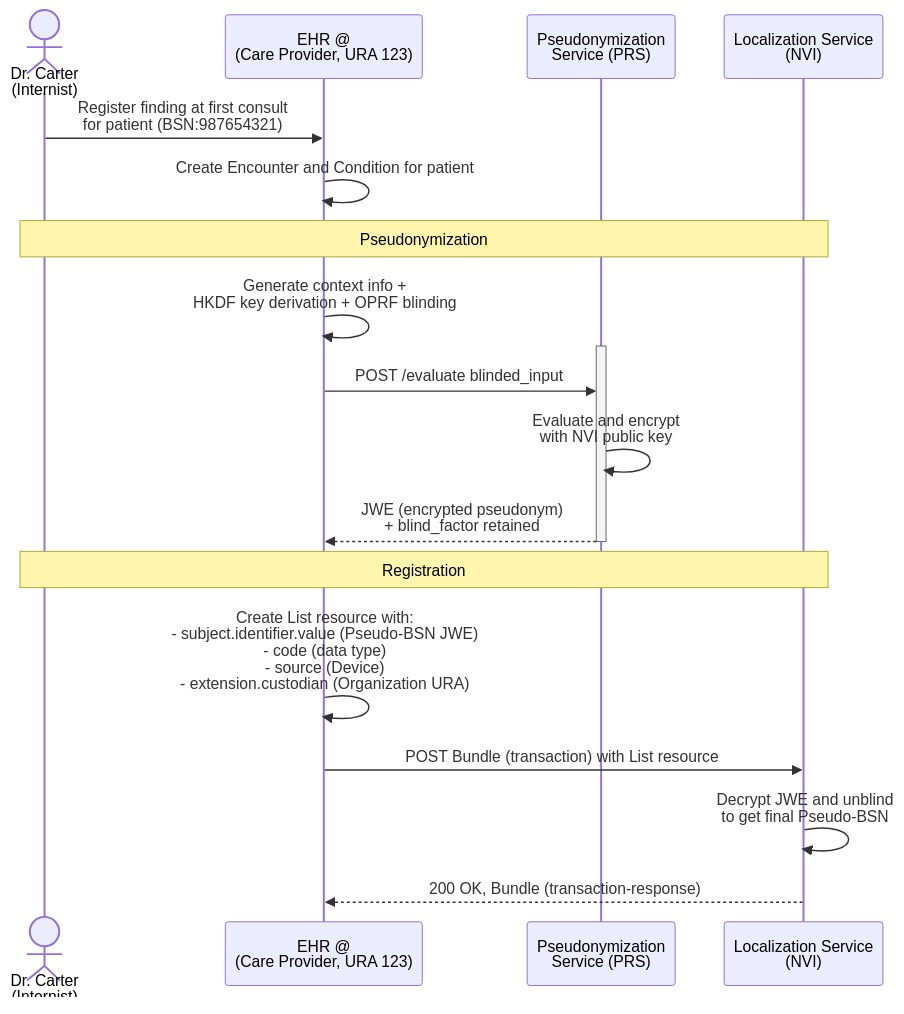
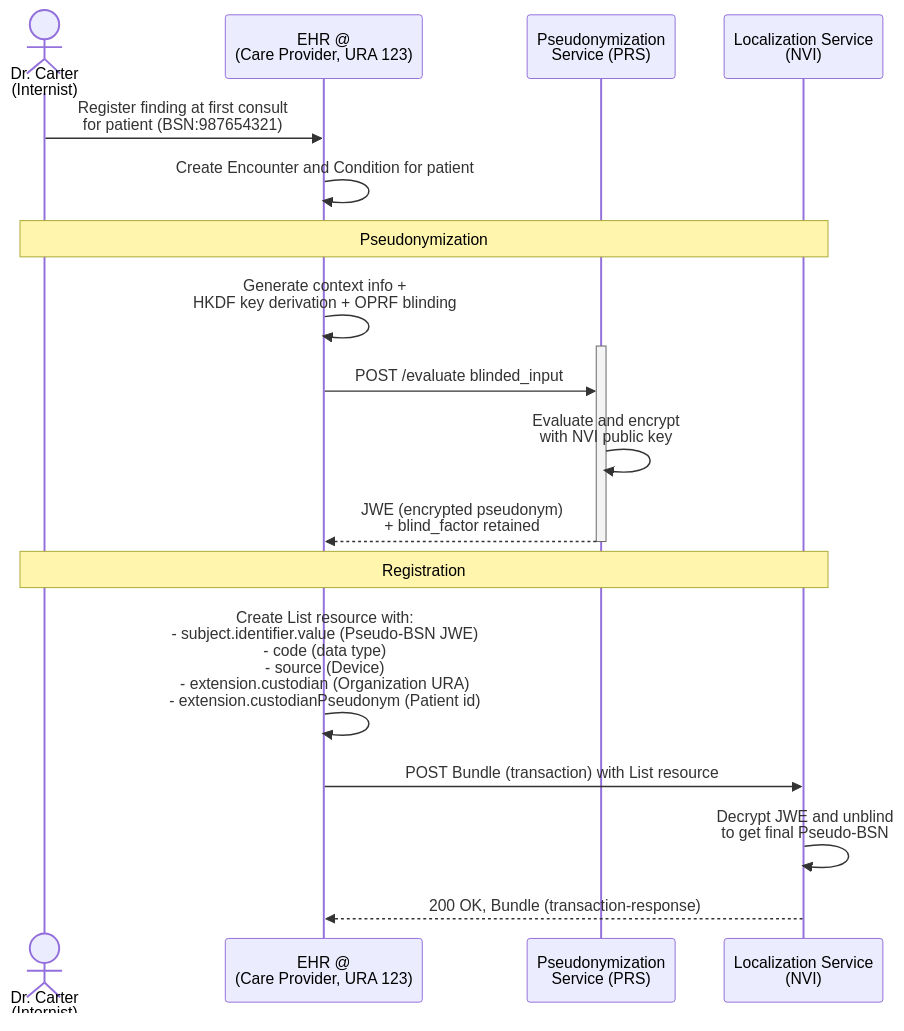
Before and after one commit to minvws/generiekefuncties-docs: the first of 2 diagrams in input/pagecontent/localization.md, drawn with Mermaid. The commit also changed other lines of this file and 6 other files, not shown here.

````diff
--- a/input/pagecontent/localization.md
+++ b/input/pagecontent/localization.md
@@ -175,24 +362,24 @@
 ```mermaid
 sequenceDiagram
     actor doctor as Dr. Carter<br/>(Internist)
     participant ehr as EHR @<br/>(Care Provider, URA 123)
     participant prs as Pseudonymization<br/>Service (PRS)
     participant nvi as Localization Service<br/>(NVI)
 
     doctor->>ehr: Register finding at first consult<br/>for patient (BSN:987654321)
     ehr->>ehr: Create Encounter and Condition for patient
 
     Note over doctor,nvi: Pseudonymization
     ehr->>ehr: Generate context info +<br/>HKDF key derivation + OPRF blinding
     activate prs
     ehr->>prs: POST /evaluate blinded_input
     prs->>prs: Evaluate and encrypt<br/>with NVI public key
     prs-->>ehr: JWE (encrypted pseudonym)<br/>+ blind_factor retained
     deactivate prs
 
     Note over doctor,nvi: Registration
-    ehr->>ehr: Create List resource with:<br/>- subject.identifier.value (Pseudo-BSN JWE)<br/>- code (data type)<br/>- source (Device)<br/>- extension.custodian (Organization URA)
+    ehr->>ehr: Create List resource with:<br/>- subject.identifier.value (Pseudo-BSN JWE)<br/>- code (data type)<br/>- source (Device)<br/>- extension.custodian (Organization URA)<br/>- extension.custodianPseudonym (Patient id)
     ehr->>nvi: POST Bundle (transaction) with List resource
     nvi->>nvi: Decrypt JWE and unblind<br/>to get final Pseudo-BSN
     nvi-->>ehr: 200 OK, Bundle (transaction-response)
 ```
````
